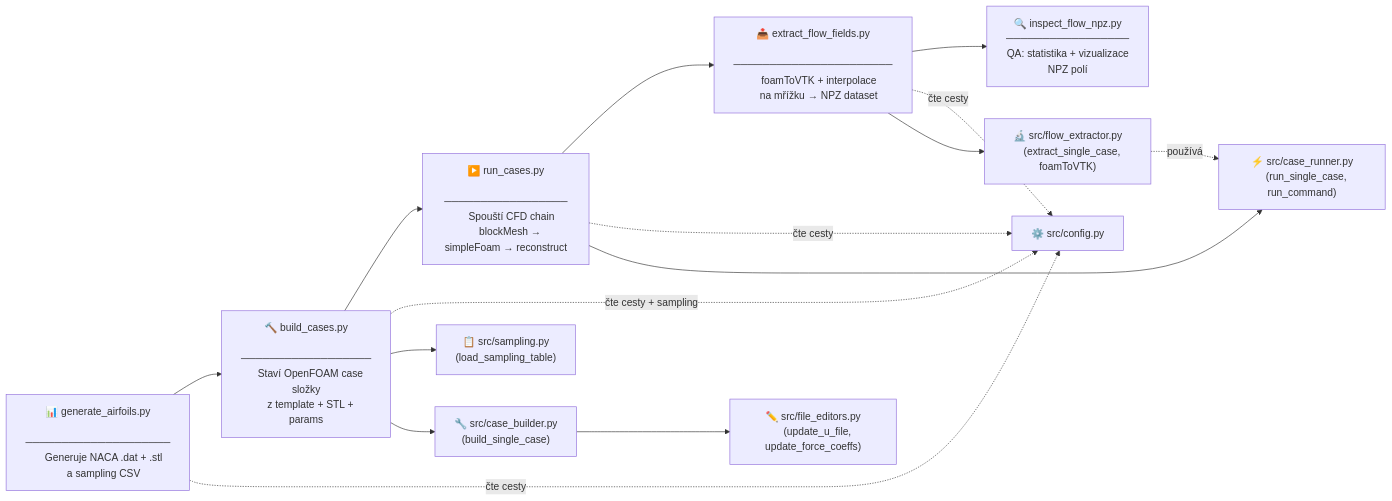
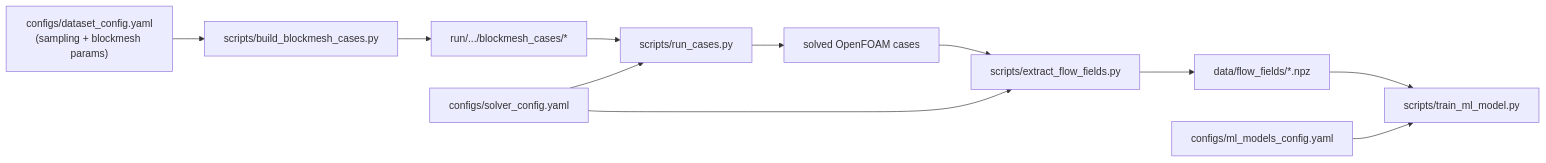
One commit to hermanom214/airfoil-surrogate-of-project changed the diagram in docs/pipeline.md. Above: the diagram before and after it, drawn with Mermaid. The commit also changed other lines of this file and 20 other files, not shown here.

````diff
--- a/docs/pipeline.md
+++ b/docs/pipeline.md
@@ -9,47 +18,15 @@
 ```mermaid
 flowchart LR
-    A["📊 generate_airfoils.py
-    ────────────────────
-    Generuje NACA .dat + .stl
-    a sampling CSV"] --> B["🔨 build_cases.py
-    ──────────────────
-    Staví OpenFOAM case složky
-    z template + STL + params"]
-    
-    B --> C["▶️ run_cases.py
-    ─────────────────
-    Spouští CFD chain
-    blockMesh → simpleFoam → reconstruct"]
-    
-    C --> D["📤 extract_flow_fields.py
-    ──────────────────────
-    foamToVTK + interpolace
-    na mřížku → NPZ dataset"]
-    
-    D --> E["🔍 inspect_flow_npz.py
-    ─────────────────
-    QA: statistika + vizualizace
-    NPZ polí"]
+    A["configs/dataset_config.yaml\n(sampling + blockmesh params)"] --> B["scripts/build_blockmesh_cases.py"]
+    B --> C["run/.../blockmesh_cases/*"]
+    C --> D["scripts/run_cases.py"]
+    D --> E["solved OpenFOAM cases"]
+    E --> F["scripts/extract_flow_fields.py"]
+    F --> G["data/flow_fields/*.npz"]
+    G --> H["scripts/train_ml_model.py"]
 
-    A -. "čte cesty" .-> CFG["⚙️ src/config.py"]
-    B -. "čte cesty + sampling" .-> CFG
-    C -. "čte cesty" .-> CFG
-    D -. "čte cesty" .-> CFG
+    I["configs/solver_config.yaml"] --> D
+    I --> F
 
-    B --> S["📋 src/sampling.py
-    (load_sampling_table)"]
-    
-    B --> CB["🔧 src/case_builder.py
-    (build_single_case)"]
-    
-    CB --> FE["✏️ src/file_editors.py
-    (update_u_file, update_force_coeffs)"]
-
-    C --> CR["⚡ src/case_runner.py
-    (run_single_case, run_command)"]
-    
-    D --> FX["🔬 src/flow_extractor.py
-    (extract_single_case, foamToVTK)"]
-    
-    FX -. "používá" .-> CR
+    J["configs/ml_models_config.yaml"] --> H
 ```
````
